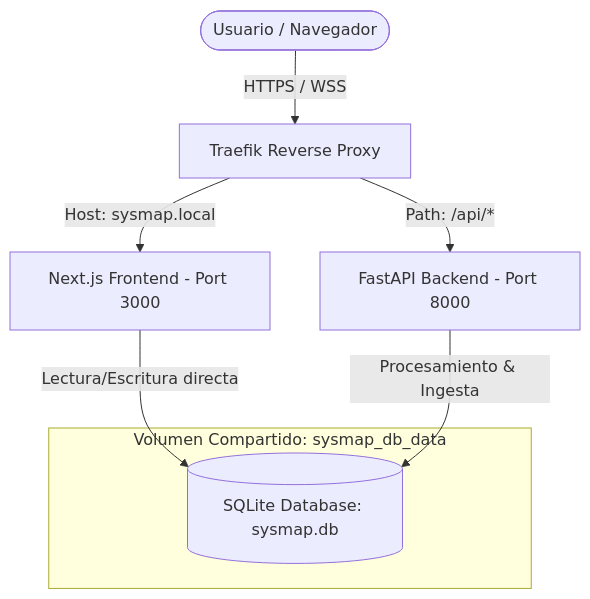
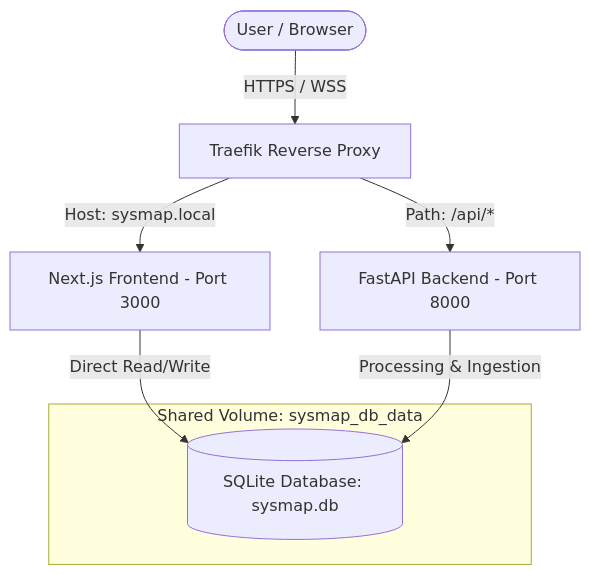
One commit to Thonii/sysmap-app changed the diagram in README.md. Above: the diagram before and after it, drawn with Mermaid. The commit also changed other lines of this file and 1 other file, not shown here.

Commit message:
docs: add Spanish documentation and update English README with business use cases and architecture details

````diff
--- a/README.md
+++ b/README.md
@@ -13,13 +28,13 @@
 ```mermaid
 graph TD
-    Client([Usuario / Navegador]) -->|HTTPS / WSS| Proxy[Traefik Reverse Proxy]
+    Client([User / Browser]) -->|HTTPS / WSS| Proxy[Traefik Reverse Proxy]
     Proxy -->|Host: sysmap.local| FE[Next.js Frontend - Port 3000]
     Proxy -->|Path: /api/*| BE[FastAPI Backend - Port 8000]
     
-    FE -->|Lectura/Escritura directa| DB[(SQLite Database: sysmap.db)]
-    BE -->|Procesamiento & Ingesta| DB
+    FE -->|Direct Read/Write| DB[(SQLite Database: sysmap.db)]
+    BE -->|Processing & Ingestion| DB
     
-    subgraph Volumen Compartido: sysmap_db_data
+    subgraph Shared Volume: sysmap_db_data
         DB
     end
 ```
````
